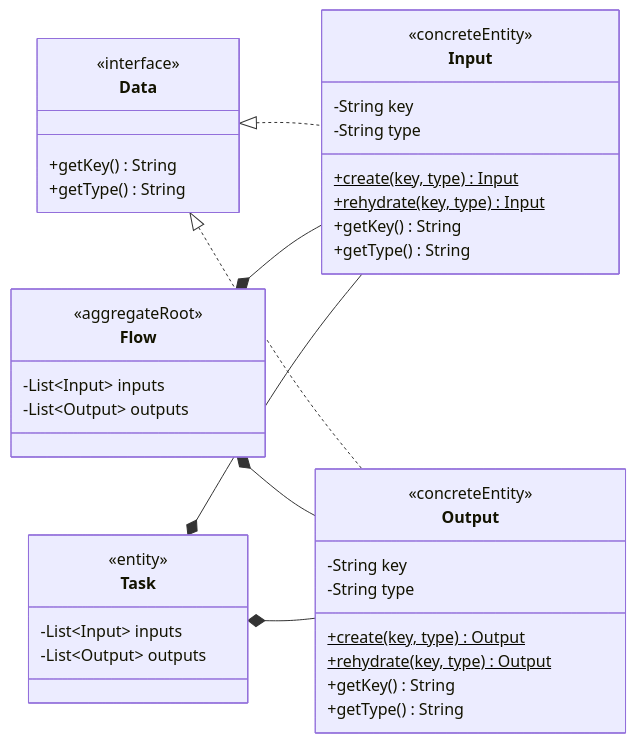
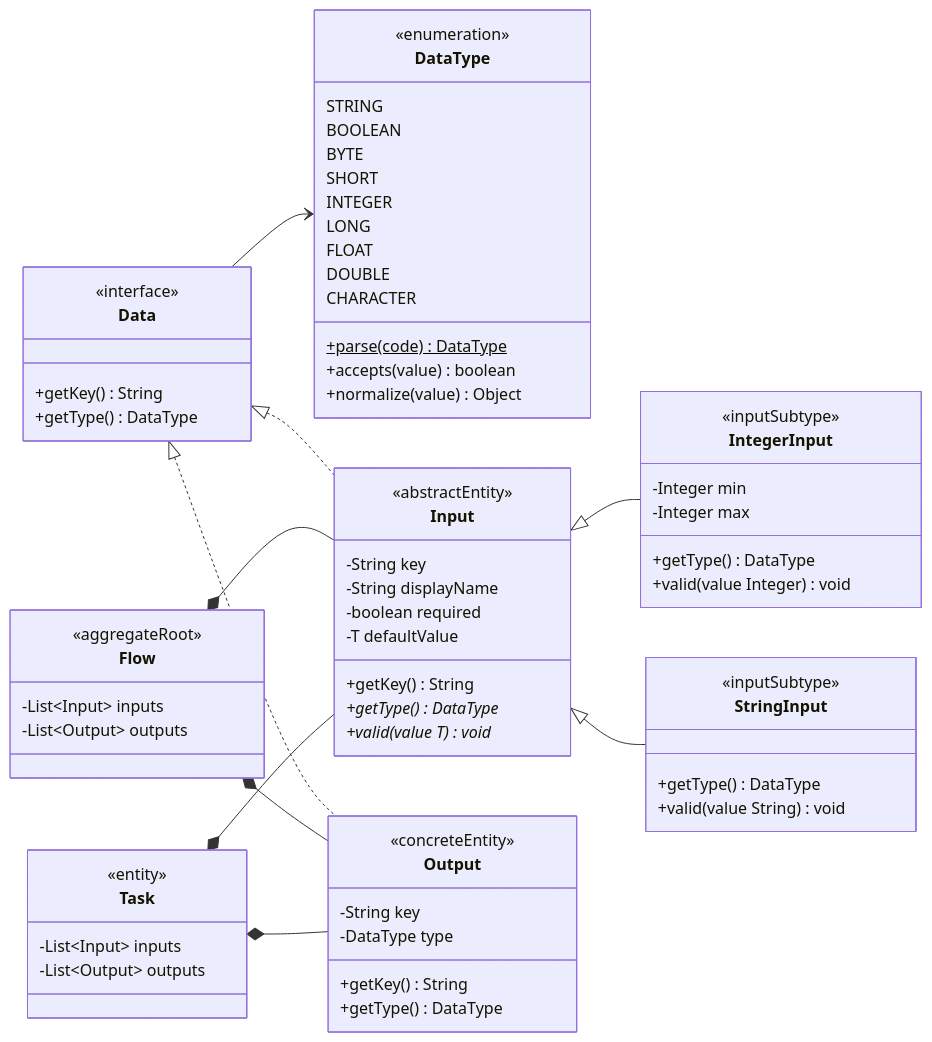
Before and after one commit to Eiddy5/flow: the first of 2 diagrams in docs/standards/data-domain-model.md, drawn with Mermaid. The commit also changed other lines of this file and 268 other files, not shown here.

````diff
--- a/docs/standards/data-domain-model.md
+++ b/docs/standards/data-domain-model.md
@@ -39,49 +51,81 @@
 ```mermaid
 classDiagram
 direction LR
 
 class Data {
     <<interface>>
     +getKey() String
-    +getType() String
+    +getType() DataType
+}
+
+class DataType {
+    <<enumeration>>
+    STRING
+    BOOLEAN
+    BYTE
+    SHORT
+    INTEGER
+    LONG
+    FLOAT
+    DOUBLE
+    CHARACTER
+    +parse(code) DataType$
+    +accepts(value) boolean
+    +normalize(value) Object
 }
 
 class Input {
-    <<concreteEntity>>
+    <<abstractEntity>>
     -String key
-    -String type
-    +create(key, type) Input$
-    +rehydrate(key, type) Input$
+    -String displayName
+    -boolean required
+    -T defaultValue
     +getKey() String
-    +getType() String
+    +getType() DataType*
+    +valid(value T) void*
+}
+
+class IntegerInput {
+    <<inputSubtype>>
+    -Integer min
+    -Integer max
+    +getType() DataType
+    +valid(value Integer) void
+}
+
+class StringInput {
+    <<inputSubtype>>
+    +getType() DataType
+    +valid(value String) void
 }
 
 class Output {
     <<concreteEntity>>
     -String key
-    -String type
-    +create(key, type) Output$
-    +rehydrate(key, type) Output$
+    -DataType type
     +getKey() String
-    +getType() String
+    +getType() DataType
 }
 
 class Flow {
     <<aggregateRoot>>
-    -List~Input~ inputs
+    -List~Input<?>~ inputs
     -List~Output~ outputs
 }
 
 class Task {
     <<entity>>
-    -List~Input~ inputs
+    -List~Input<?>~ inputs
     -List~Output~ outputs
 }
 
 Data <|.. Input
 Data <|.. Output
+Input <|-- IntegerInput
+Input <|-- StringInput
+Data --> DataType
 Flow *-- Input
 Flow *-- Output
 Task *-- Input
 Task *-- Output
 ```
````
